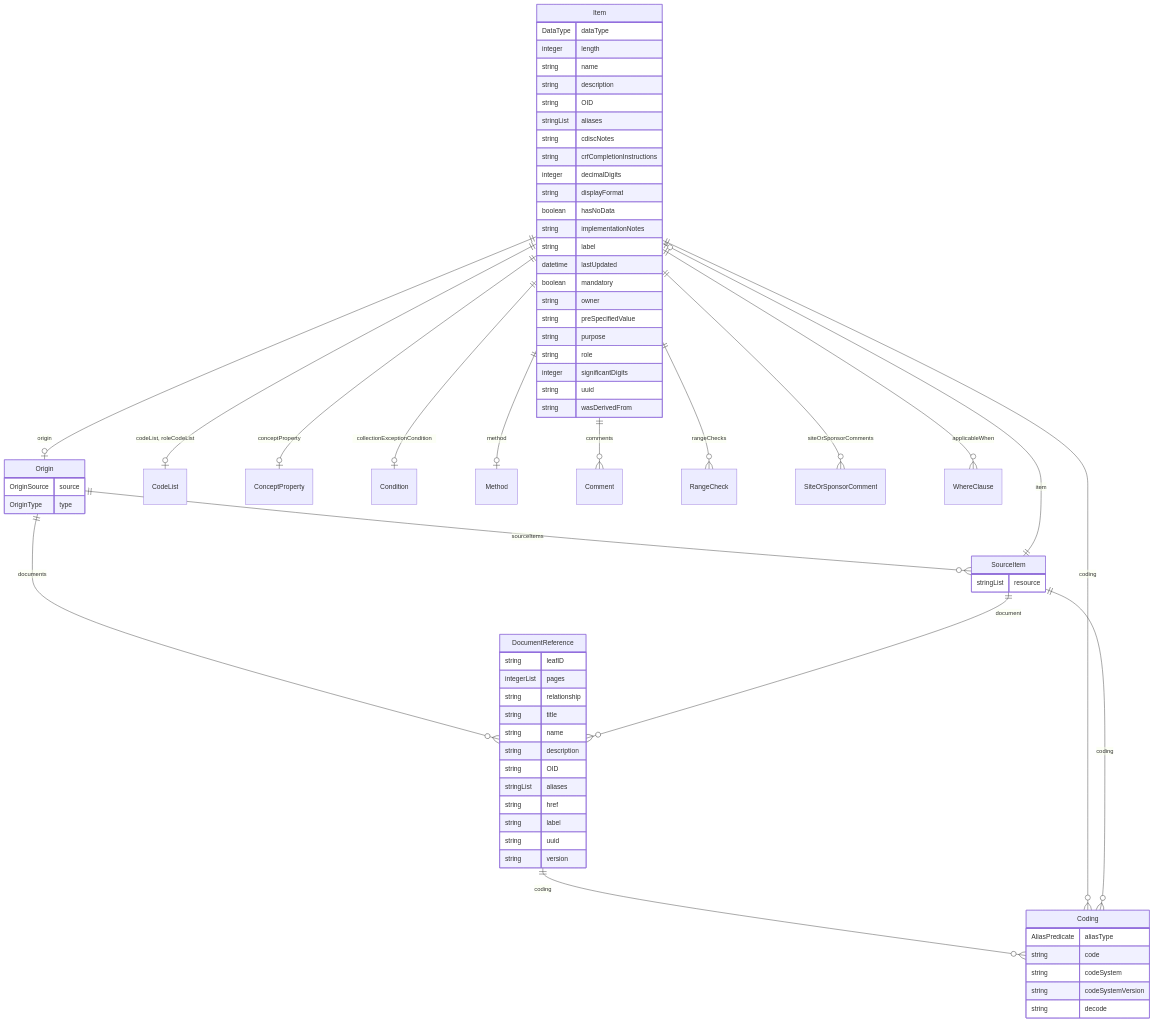
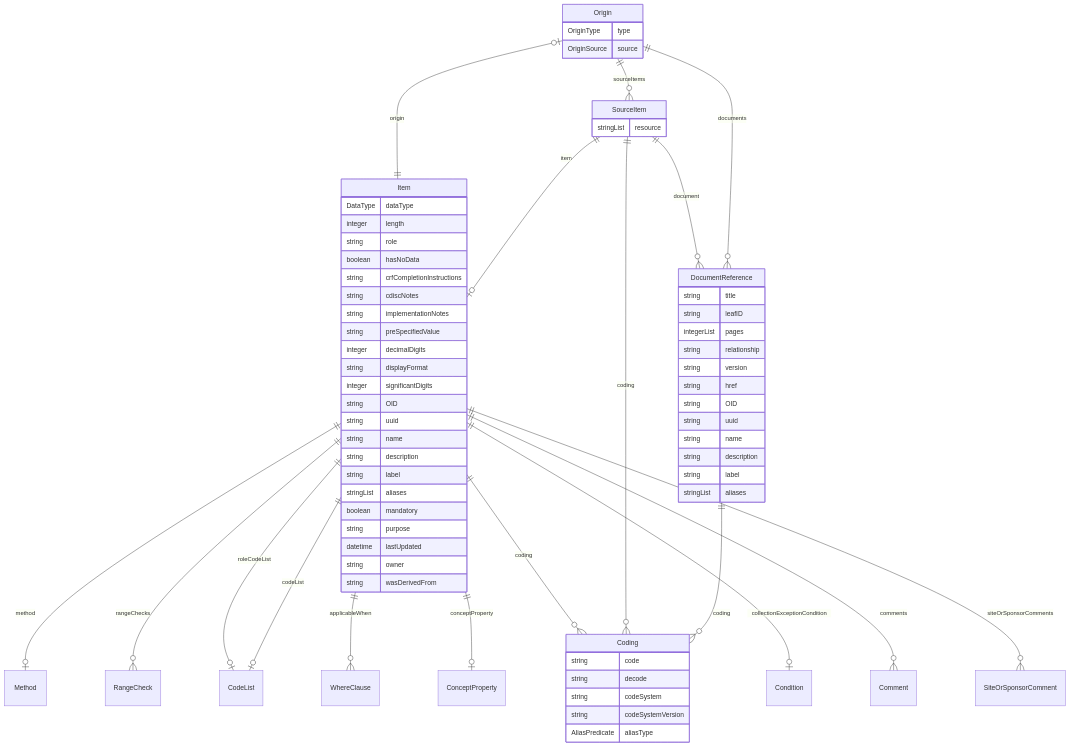
The diagram in docs/classes/Origin.md (cdisc-org/DataExchange-DDS), drawn with Mermaid before and after one commit. The commit also changed other lines of this file and 313 other files, not shown here.

````diff
--- a/docs/classes/Origin.md
+++ b/docs/classes/Origin.md
@@ -20,73 +15,74 @@
 ```mermaid
 erDiagram
-Coding {
-    AliasPredicate aliasType  
-    string code  
-    string codeSystem  
-    string codeSystemVersion  
-    string decode  
+Origin {
+    OriginType type  
+    OriginSource source  
 }
 DocumentReference {
+    string title  
     string leafID  
     integerList pages  
     string relationship  
-    string title  
+    string version  
+    string href  
+    string OID  
+    string uuid  
     string name  
     string description  
-    string OID  
+    string label  
     stringList aliases  
-    string href  
-    string label  
-    string uuid  
-    string version  
+}
+Coding {
+    string code  
+    string decode  
+    string codeSystem  
+    string codeSystemVersion  
+    AliasPredicate aliasType  
+}
+SourceItem {
+    stringList resource  
 }
 Item {
     DataType dataType  
     integer length  
+    string role  
+    boolean hasNoData  
+    string crfCompletionInstructions  
+    string cdiscNotes  
+    string implementationNotes  
+    string preSpecifiedValue  
+    integer decimalDigits  
+    string displayFormat  
+    integer significantDigits  
+    string OID  
+    string uuid  
     string name  
     string description  
-    string OID  
+    string label  
     stringList aliases  
-    string cdiscNotes  
-    string crfCompletionInstructions  
-    integer decimalDigits  
-    string displayFormat  
-    boolean hasNoData  
-    string implementationNotes  
-    string label  
+    boolean mandatory  
+    string purpose  
     datetime lastUpdated  
-    boolean mandatory  
     string owner  
-    string preSpecifiedValue  
-    string purpose  
-    string role  
-    integer significantDigits  
-    string uuid  
     string wasDerivedFrom  
 }
-Origin {
-    OriginSource source  
-    OriginType type  
-}
-SourceItem {
-    stringList resource  
-}
 
+Origin ||--}o SourceItem : "sourceItems"
+Origin ||--}o DocumentReference : "documents"
 DocumentReference ||--}o Coding : "coding"
-Item ||--|o CodeList : "codeList, roleCodeList"
+SourceItem ||--|o Item : "item"
+SourceItem ||--}o DocumentReference : "document"
+SourceItem ||--}o Coding : "coding"
+Item ||--|o CodeList : "codeList"
+Item ||--|o Method : "method"
+Item ||--}o RangeCheck : "rangeChecks"
+Item ||--}o WhereClause : "applicableWhen"
+Item ||--|o Origin : "origin"
 Item ||--|o ConceptProperty : "conceptProperty"
+Item ||--|o CodeList : "roleCodeList"
 Item ||--|o Condition : "collectionExceptionCondition"
-Item ||--|o Method : "method"
-Item ||--|o Origin : "origin"
 Item ||--}o Coding : "coding"
 Item ||--}o Comment : "comments"
-Item ||--}o RangeCheck : "rangeChecks"
 Item ||--}o SiteOrSponsorComment : "siteOrSponsorComments"
-Item ||--}o WhereClause : "applicableWhen"
-Origin ||--}o DocumentReference : "documents"
-Origin ||--}o SourceItem : "sourceItems"
-SourceItem ||--|o Item : "item"
-SourceItem ||--}o Coding : "coding"
-SourceItem ||--}o DocumentReference : "document"
 
 ```
````
